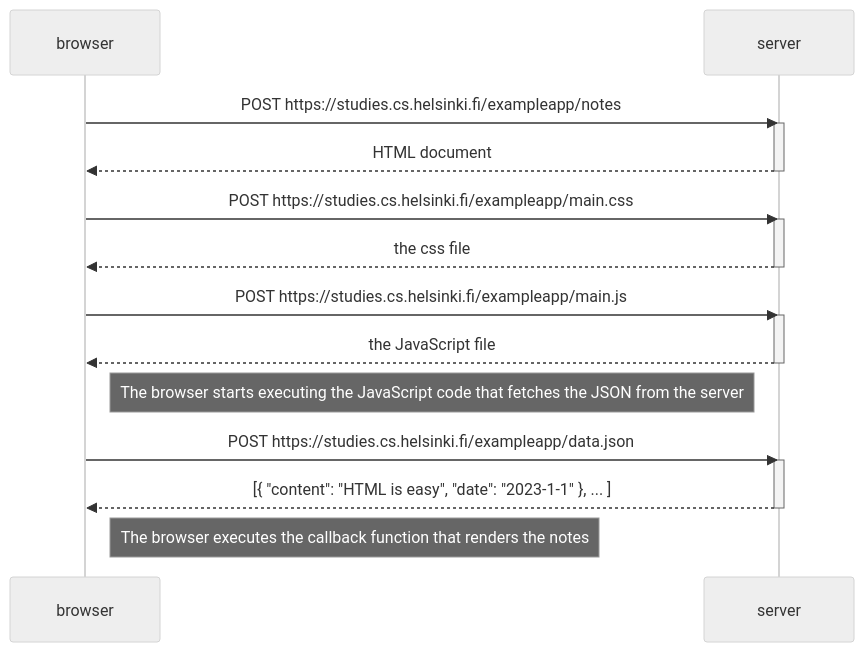
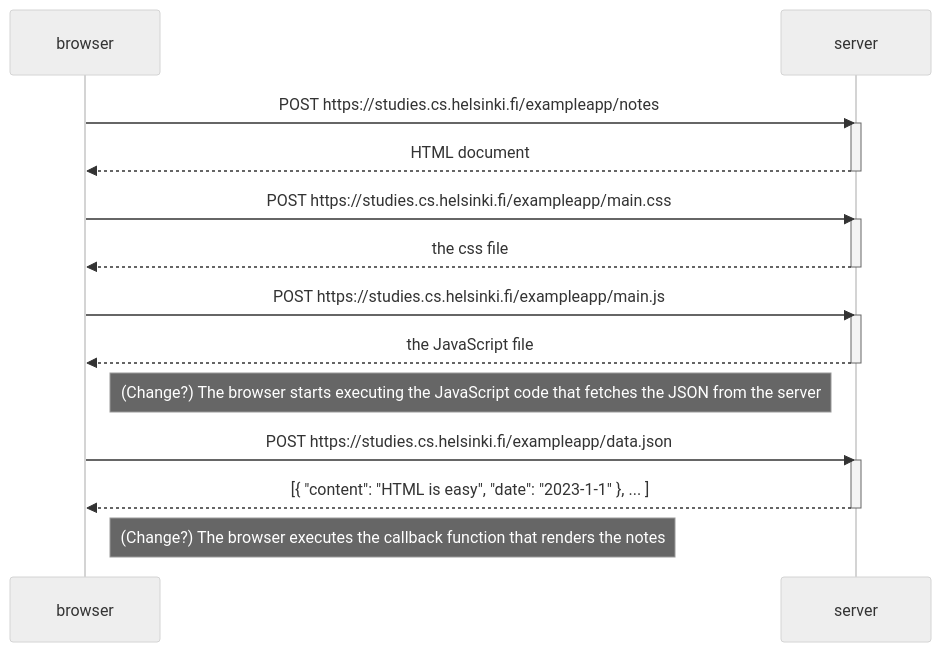
The diagram in part 0/new-note-diagram-[0.4].md (aleks8/fullstackopen), drawn with Mermaid (neutral theme) before and after one commit.

````diff
--- a/part 0/new-note-diagram-[0.4].md
+++ b/part 0/new-note-diagram-[0.4].md
@@ -1,29 +1,29 @@
 ```mermaid
 sequenceDiagram
     participant browser
     participant server
 
     browser->>server: POST https://studies.cs.helsinki.fi/exampleapp/notes
     activate server
     server-->>browser: HTML document
     deactivate server
 
     browser->>server: POST https://studies.cs.helsinki.fi/exampleapp/main.css
     activate server
     server-->>browser: the css file
     deactivate server
 
     browser->>server: POST https://studies.cs.helsinki.fi/exampleapp/main.js
     activate server
     server-->>browser: the JavaScript file
     deactivate server
 
-    Note right of browser: The browser starts executing the JavaScript code that fetches the JSON from the server
+    Note right of browser: (Change?) The browser starts executing the JavaScript code that fetches the JSON from the server
 
     browser->>server: POST https://studies.cs.helsinki.fi/exampleapp/data.json
     activate server
     server-->>browser: [{ "content": "HTML is easy", "date": "2023-1-1" }, ... ]
     deactivate server
 
-    Note right of browser: The browser executes the callback function that renders the notes
+    Note right of browser: (Change?) The browser executes the callback function that renders the notes
 ```
````
